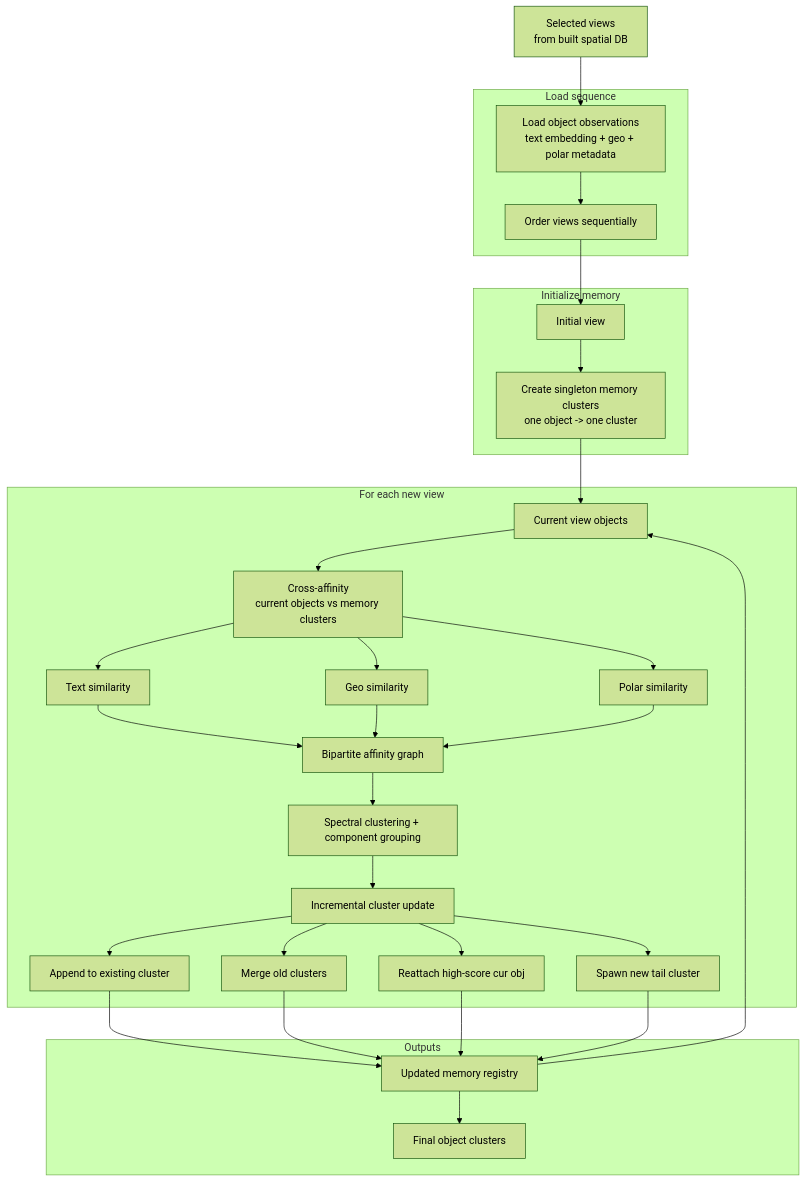
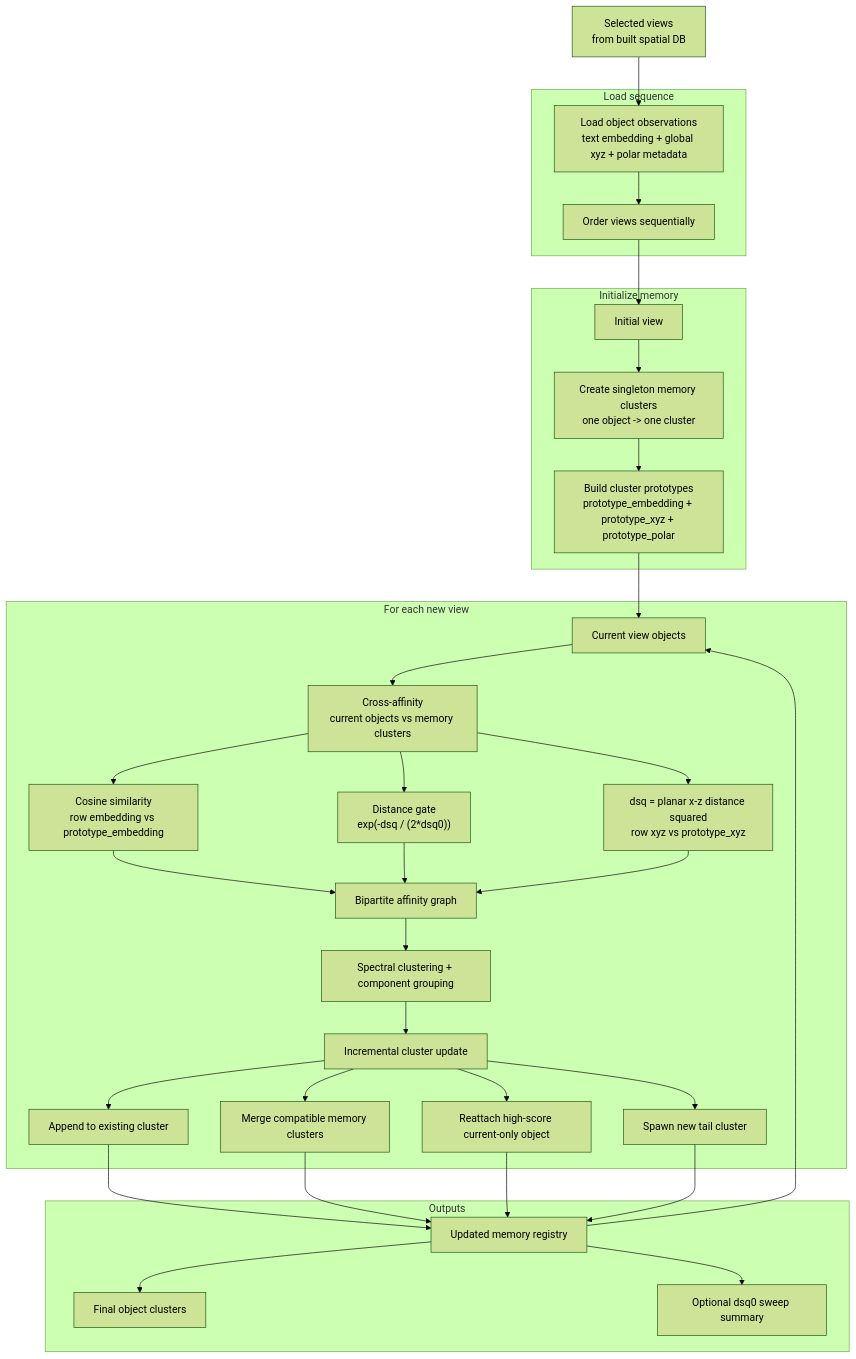
Before and after one commit to YuhengLiu6/SpacialRAG: the second of 2 diagrams in README.md, drawn with Mermaid (forest theme). The commit also changed other lines of this file, not shown here.

````diff
--- a/README.md
+++ b/README.md
@@ -536,62 +544,65 @@
 ```mermaid
 flowchart TD
     A["Selected views<br/>from built spatial DB"]
 
     subgraph S1["Load sequence"]
-        B["Load object observations<br/>text embedding + geo + polar metadata"]
+        B["Load object observations<br/>text embedding + global xyz + polar metadata"]
         C["Order views sequentially"]
     end
 
     subgraph S2["Initialize memory"]
         D["Initial view"]
         E["Create singleton memory clusters<br/>one object -> one cluster"]
+        E2["Build cluster prototypes<br/>prototype_embedding + prototype_xyz + prototype_polar"]
     end
 
     subgraph S3["For each new view"]
         F["Current view objects"]
 
         G["Cross-affinity<br/>current objects vs memory clusters"]
-        G1["Text similarity"]
-        G2["Geo similarity"]
-        G3["Polar similarity"]
+        G1["Cosine similarity<br/>row embedding vs prototype_embedding"]
+        G2["Distance gate<br/>exp(-dsq / (2*dsq0))"]
+        G3["dsq = planar x-z distance squared<br/>row xyz vs prototype_xyz"]
 
         H["Bipartite affinity graph"]
         I["Spectral clustering + component grouping"]
 
         J["Incremental cluster update"]
         J1["Append to existing cluster"]
-        J2["Merge old clusters"]
-        J3["Reattach high-score cur obj"]
+        J2["Merge compatible memory clusters"]
+        J3["Reattach high-score current-only object"]
         J4["Spawn new tail cluster"]
     end
 
     subgraph S4["Outputs"]
         K["Updated memory registry"]
         L["Final object clusters"]
+        M["Optional dsq0 sweep summary"]
     end
 
-    A --> B --> C --> D --> E --> F
+    A --> B --> C --> D --> E --> E2 --> F
 
     F --> G
     G --> G1
     G --> G2
     G --> G3
     G1 --> H
     G2 --> H
     G3 --> H
 
     H --> I --> J
     J --> J1
     J --> J2
     J --> J3
     J --> J4
 
     J1 --> K
     J2 --> K
     J3 --> K
     J4 --> K
 
     K --> F
     K --> L
+    K --> M
 
 ```
````
